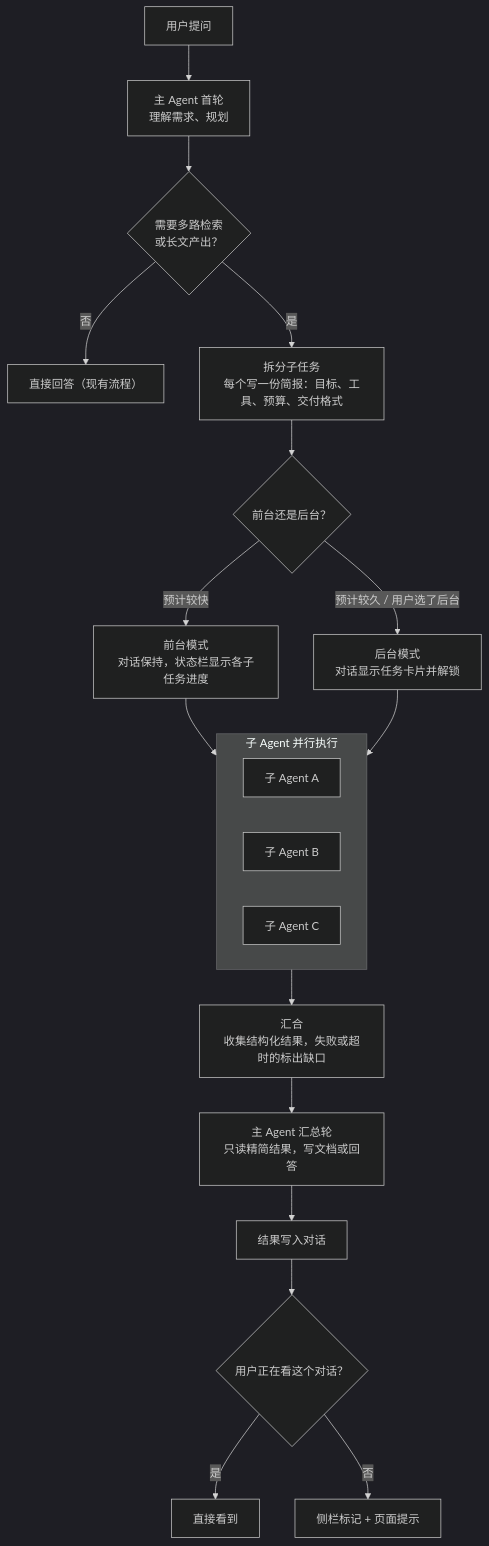
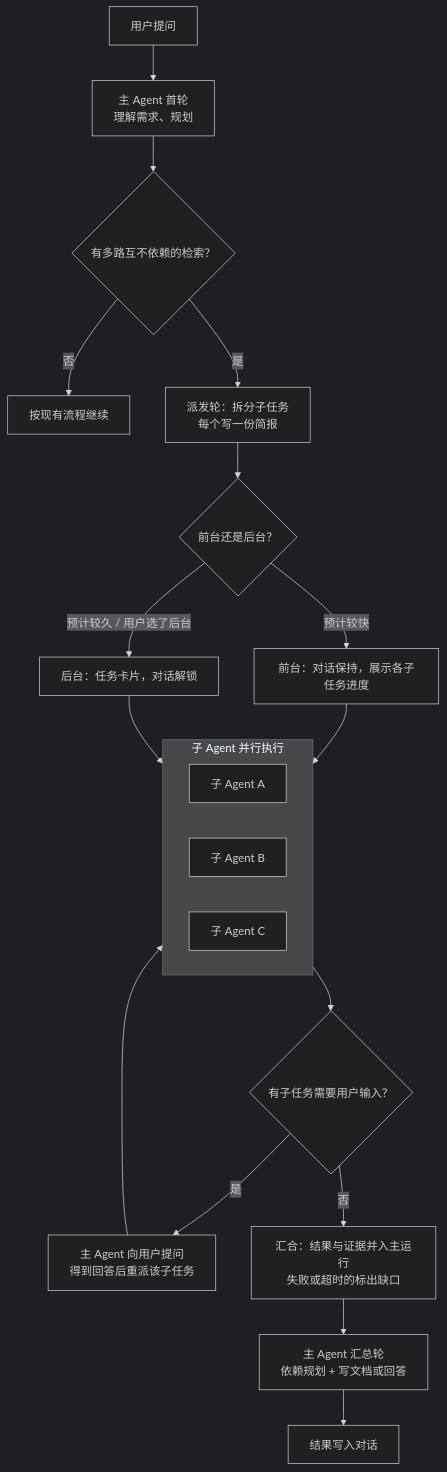
The first of 4 diagrams in docs/specs/backend/2026-10-06-subagents-and-background-tasks.md (HyxiaoGe/fusion), drawn with Mermaid (dark theme) before and after one commit. The commit also changed other lines of this file, not shown here.

First line of the commit message:
docs: 子 Agent 调研按对抗式审查修订

````diff
--- a/docs/specs/backend/2026-10-06-subagents-and-background-tasks.md
+++ b/docs/specs/backend/2026-10-06-subagents-and-background-tasks.md
@@ -49,23 +60,23 @@
 ```mermaid
 flowchart TD
   U["用户提问"] --> M1["主 Agent 首轮<br/>理解需求、规划"]
-  M1 --> D{"需要多路检索<br/>或长文产出？"}
-  D -- 否 --> A["直接回答（现有流程）"]
-  D -- 是 --> S["拆分子任务<br/>每个写一份简报：目标、工具、预算、交付格式"]
+  M1 --> D{"有多路互不依赖的检索？"}
+  D -- 否 --> A["按现有流程继续"]
+  D -- 是 --> S["派发轮：拆分子任务<br/>每个写一份简报"]
   S --> W{"前台还是后台？"}
-  W -- 预计较快 --> FG["前台模式<br/>对话保持，状态栏显示各子任务进度"]
-  W -- "预计较久 / 用户选了后台" --> BG["后台模式<br/>对话显示任务卡片并解锁"]
+  W -- 预计较快 --> FG["前台：对话保持，展示各子任务进度"]
+  W -- "预计较久 / 用户选了后台" --> BG["后台：任务卡片，对话解锁"]
   FG --> P
   BG --> P
   subgraph P["子 Agent 并行执行"]
     P1["子 Agent A"]
     P2["子 Agent B"]
     P3["子 Agent C"]
   end
-  P --> J["汇合<br/>收集结构化结果，失败或超时的标出缺口"]
-  J --> M2["主 Agent 汇总轮<br/>只读精简结果，写文档或回答"]
+  P --> Q{"有子任务需要用户输入？"}
+  Q -- 是 --> ASK["主 Agent 向用户提问<br/>得到回答后重派该子任务"]
+  ASK --> P
+  Q -- 否 --> J["汇合：结果与证据并入主运行<br/>失败或超时的标出缺口"]
+  J --> M2["主 Agent 汇总轮<br/>依赖规划 + 写文档或回答"]
   M2 --> R["结果写入对话"]
-  R --> N{"用户正在看这个对话？"}
-  N -- 是 --> V["直接看到"]
-  N -- 否 --> NT["侧栏标记 + 页面提示"]
 ```
````
